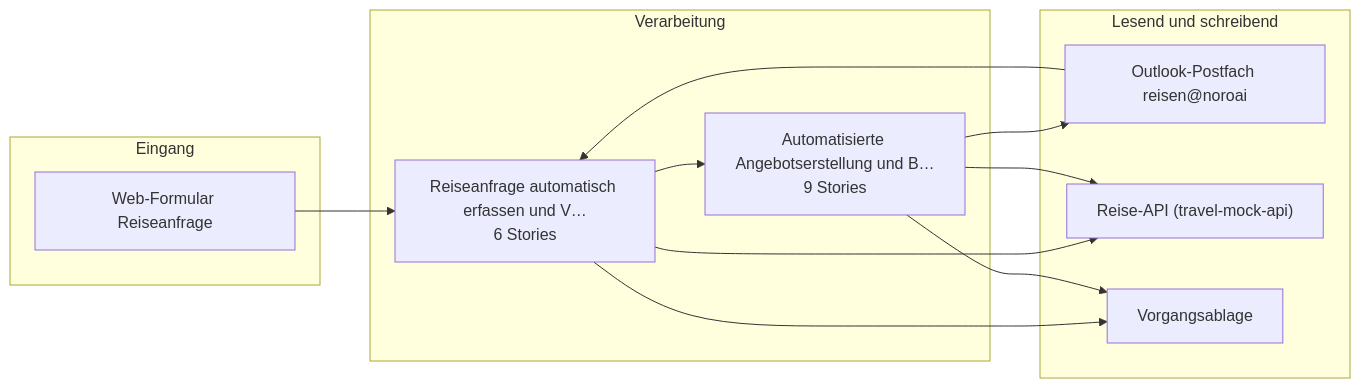
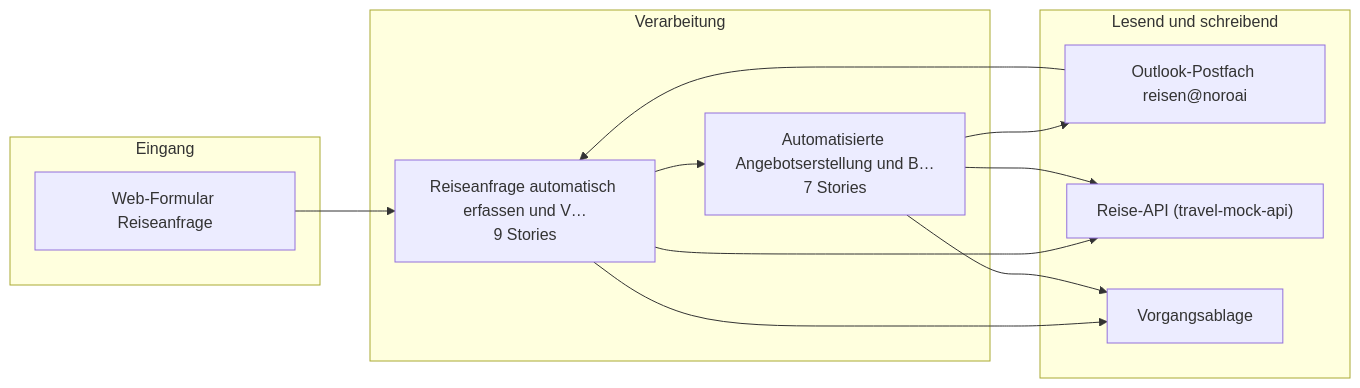
Before and after one commit to pg-coe-kmu/coe-factory: the diagram in contracts/bc3-to-bc4/uc1-reisebuchung/architecture.md, drawn with Mermaid. The commit also changed other lines of this file and 3 other files, not shown here.

````diff
--- a/contracts/bc3-to-bc4/uc1-reisebuchung/architecture.md
+++ b/contracts/bc3-to-bc4/uc1-reisebuchung/architecture.md
@@ -12,23 +12,23 @@
 ```mermaid
 flowchart LR
   subgraph Eingang
     s1WebFormularR["Web-Formular Reiseanfrage"]
   end
   subgraph Verarbeitung
-    e0Reiseanfrage["Reiseanfrage automatisch erfassen und V…<br/>6 Stories"]
-    e1Automatisier["Automatisierte Angebotserstellung und B…<br/>9 Stories"]
+    e0Reiseanfrage["Reiseanfrage automatisch erfassen und V…<br/>9 Stories"]
+    e1Automatisier["Automatisierte Angebotserstellung und B…<br/>7 Stories"]
   end
   subgraph "Lesend und schreibend"
     s0OutlookPostf["Outlook-Postfach reisen@noroai"]
     s2ReiseAPItrav["Reise-API (travel-mock-api)"]
     s3Vorgangsabla["Vorgangsablage"]
   end
   s0OutlookPostf --> e0Reiseanfrage
   e1Automatisier --> s0OutlookPostf
   s1WebFormularR --> e0Reiseanfrage
   e0Reiseanfrage --> s2ReiseAPItrav
   e1Automatisier --> s2ReiseAPItrav
   e0Reiseanfrage --> s3Vorgangsabla
   e1Automatisier --> s3Vorgangsabla
   e0Reiseanfrage --> e1Automatisier
 ```
````
